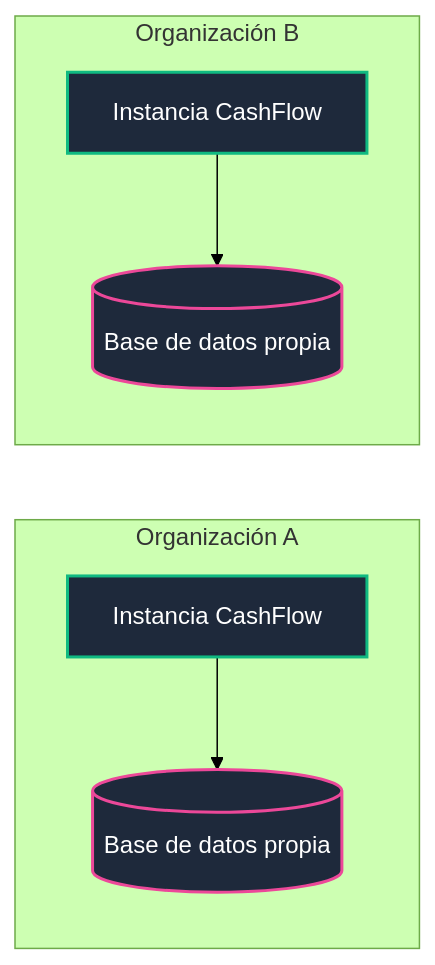
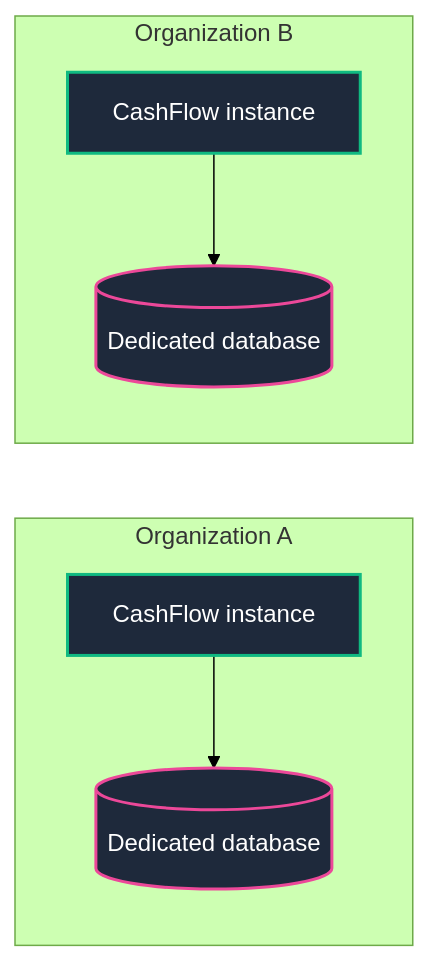
One commit to sandra-puerto/CashFlow changed the second of 3 diagrams in README.md. Above: the diagram before and after it, drawn with Mermaid (forest theme). The commit also changed other lines of this file, not shown here.

````diff
--- a/README.md
+++ b/README.md
@@ -130,16 +130,16 @@
 ```mermaid
 graph LR
-    subgraph OrgA ["Organización A"]
-        AppA["Instancia CashFlow"] --> DBA[("Base de datos propia")]
+    subgraph OrgA ["Organization A"]
+        AppA["CashFlow instance"] --> DBA[("Dedicated database")]
     end
 
-    subgraph OrgB ["Organización B"]
-        AppB["Instancia CashFlow"] --> DBB[("Base de datos propia")]
+    subgraph OrgB ["Organization B"]
+        AppB["CashFlow instance"] --> DBB[("Dedicated database")]
     end
 
     classDef app fill:#1e293b,stroke:#10b981,stroke-width:2px,color:#fff;
     classDef db fill:#1e293b,stroke:#ec4899,stroke-width:2px,color:#fff;
 
     class AppA,AppB app;
     class DBA,DBB db;
 ```
````
